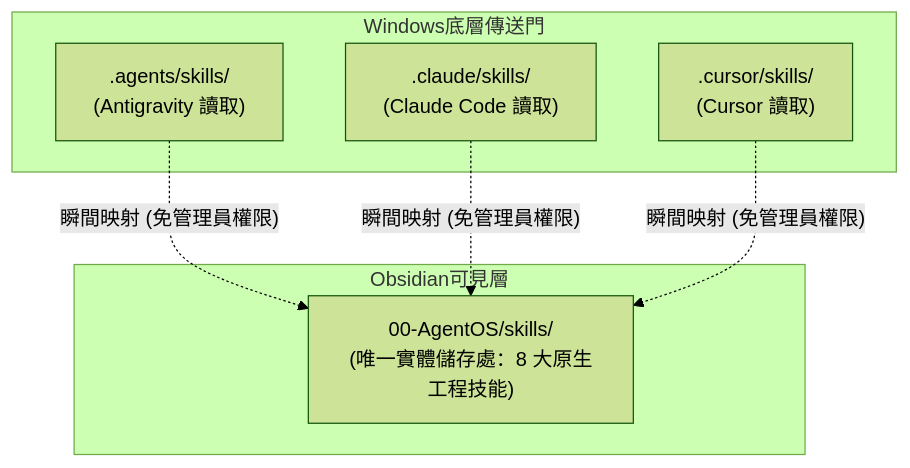
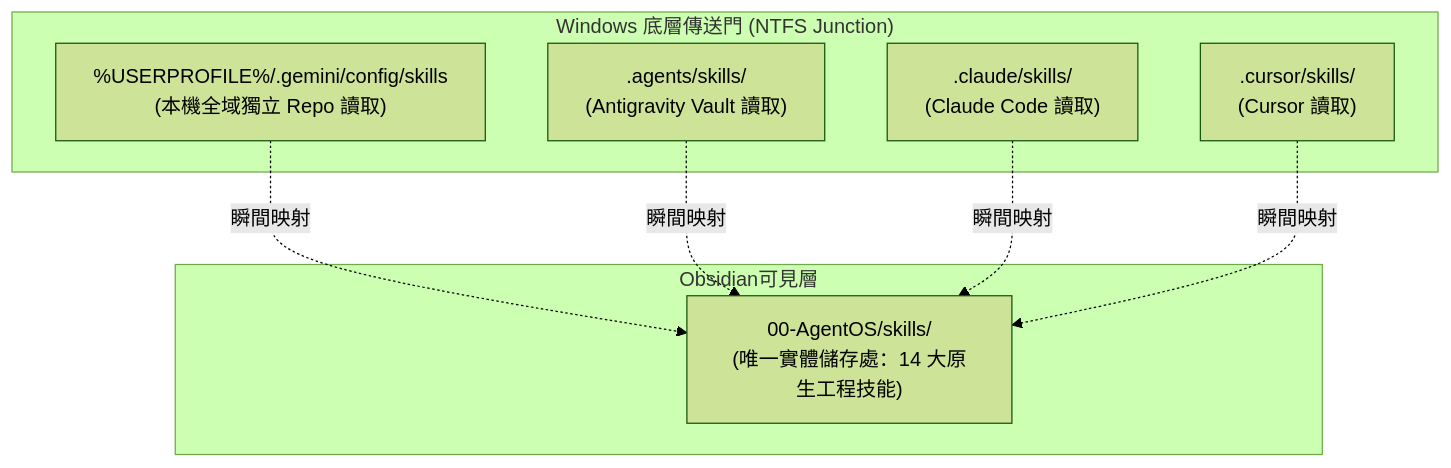
The diagram in UserGuide/SYSTEM_COMPONENTS.md (LeoJan0428/Obsidian-SecondBrain-Template), drawn with Mermaid (forest theme) before and after one commit. The commit also changed other lines of this file and 42 other files, not shown here.

````diff
--- a/UserGuide/SYSTEM_COMPONENTS.md
+++ b/UserGuide/SYSTEM_COMPONENTS.md
@@ -25,16 +25,18 @@
 ```mermaid
 flowchart TD
     subgraph Obsidian可見層
-        SSOT["00-AgentOS/skills/<br/>(唯一實體儲存處：8 大原生工程技能)"]
+        SSOT["00-AgentOS/skills/<br/>(唯一實體儲存處：14 大原生工程技能)"]
     end
 
-    subgraph Windows底層傳送門
-        J1[".agents/skills/<br/>(Antigravity 讀取)"]
+    subgraph Windows底層傳送門["Windows 底層傳送門 (NTFS Junction)"]
+        J0["%USERPROFILE%/.gemini/config/skills<br/>(本機全域獨立 Repo 讀取)"]
+        J1[".agents/skills/<br/>(Antigravity Vault 讀取)"]
         J2[".claude/skills/<br/>(Claude Code 讀取)"]
         J3[".cursor/skills/<br/>(Cursor 讀取)"]
     end
 
-    J1 -. 瞬間映射 (免管理員權限) .-> SSOT
-    J2 -. 瞬間映射 (免管理員權限) .-> SSOT
-    J3 -. 瞬間映射 (免管理員權限) .-> SSOT
+    J0 -. 瞬間映射 .-> SSOT
+    J1 -. 瞬間映射 .-> SSOT
+    J2 -. 瞬間映射 .-> SSOT
+    J3 -. 瞬間映射 .-> SSOT
 ```
````
